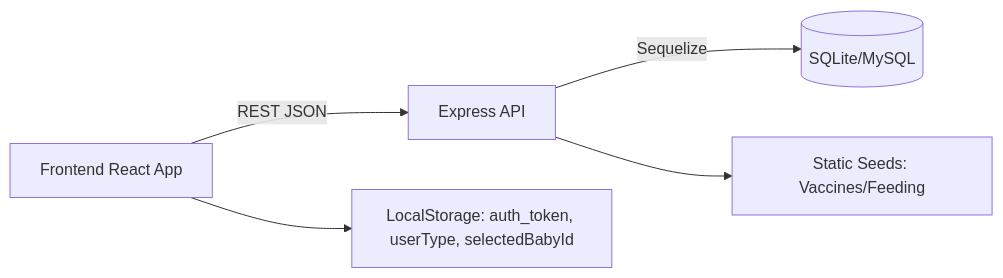
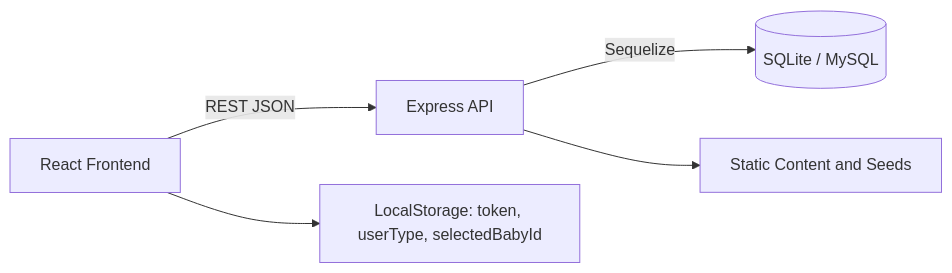
The first of 3 diagrams in about.md (cookie-here/NutriTrack), drawn with Mermaid before and after one commit. The commit also changed other lines of this file, not shown here.

````diff
--- a/about.md
+++ b/about.md
@@ -20,7 +19,7 @@
 ```mermaid
 flowchart LR
-  UI[Frontend React App] -->|REST JSON| API[Express API]
-  API -->|Sequelize| DB[(SQLite/MySQL)]
-  API --> Seeds[Static Seeds: Vaccines/Feeding]
-  UI --> Local[LocalStorage: auth_token, userType, selectedBabyId]
+  UI[React Frontend] -->|REST JSON| API[Express API]
+  API -->|Sequelize| DB[(SQLite / MySQL)]
+  API --> Static[Static Content and Seeds]
+  UI --> Local[LocalStorage: token, userType, selectedBabyId]
 ```
````
